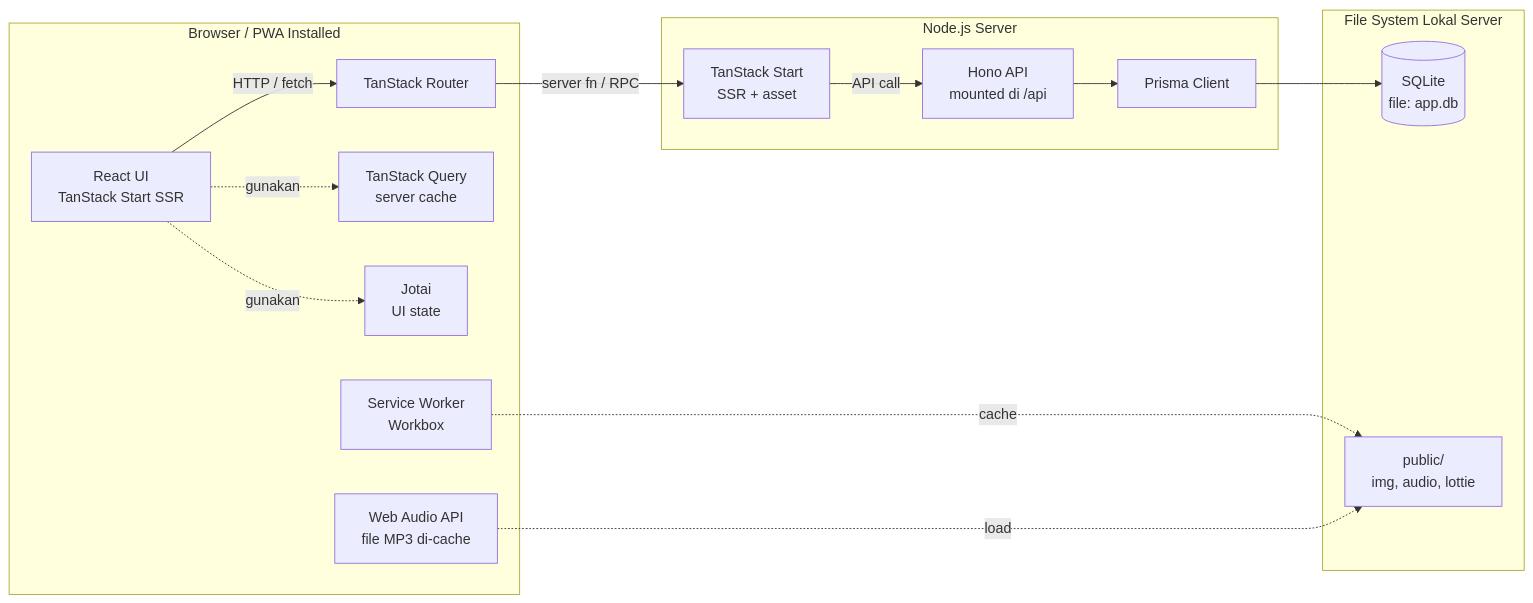
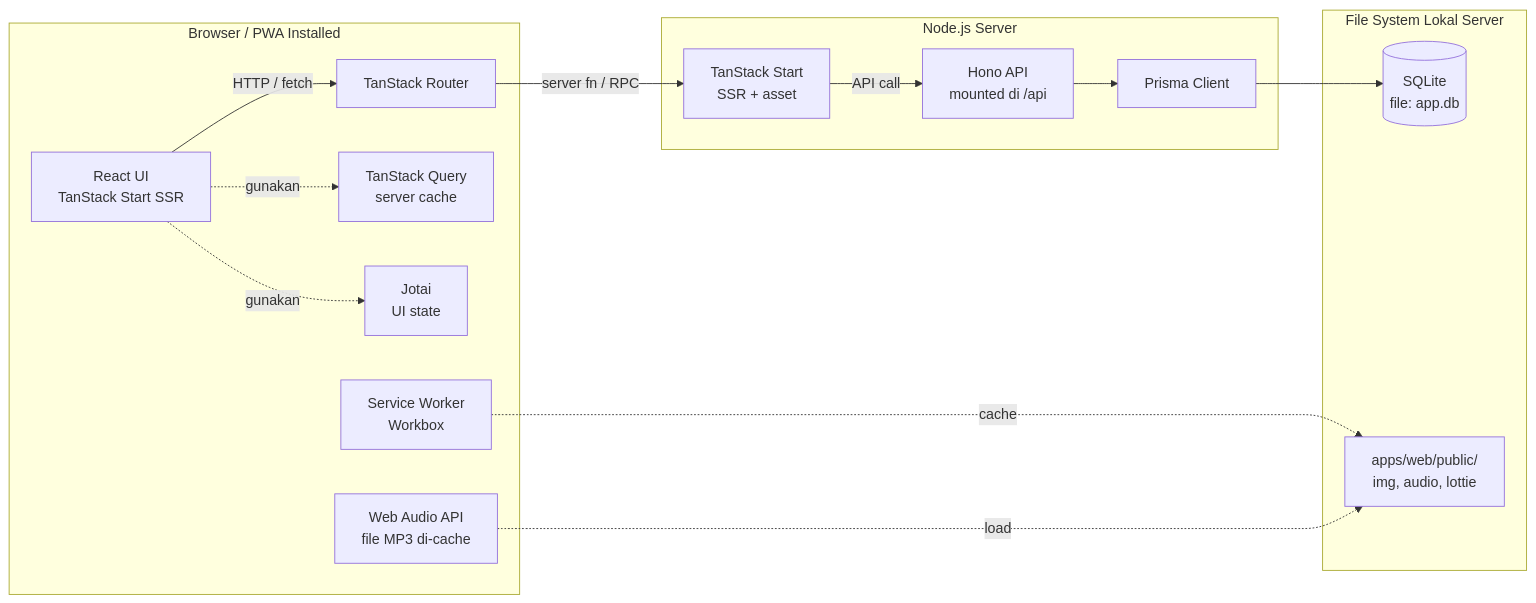
One commit to mohamad-amujaki/game_edukatif_anak changed the first of 4 diagrams in docs/architecture.md. Above: the diagram before and after it, drawn with Mermaid. The commit also changed other lines of this file and 192 other files, not shown here.

````diff
--- a/docs/architecture.md
+++ b/docs/architecture.md
@@ -11,32 +11,32 @@
 ```mermaid
 flowchart LR
     subgraph Client[Browser / PWA Installed]
         UI[React UI<br/>TanStack Start SSR]
         Router[TanStack Router]
         Query[TanStack Query<br/>server cache]
         Jotai[Jotai<br/>UI state]
         SW[Service Worker<br/>Workbox]
         Audio[Web Audio API<br/>file MP3 di-cache]
     end
 
     subgraph Server[Node.js Server]
         TS[TanStack Start<br/>SSR + asset]
         Hono[Hono API<br/>mounted di /api]
         Prisma[Prisma Client]
     end
 
     subgraph Storage[File System Lokal Server]
         SQLite[(SQLite<br/>file: app.db)]
-        Assets[public/<br/>img, audio, lottie]
+        Assets[apps/web/public/<br/>img, audio, lottie]
     end
 
     UI -->|HTTP / fetch| Router
     Router -->|server fn / RPC| TS
     TS -->|API call| Hono
     Hono --> Prisma
     Prisma --> SQLite
     SW -.cache.-> Assets
     Audio -.load.-> Assets
     UI -.gunakan.-> Query
     UI -.gunakan.-> Jotai
 ```
````
